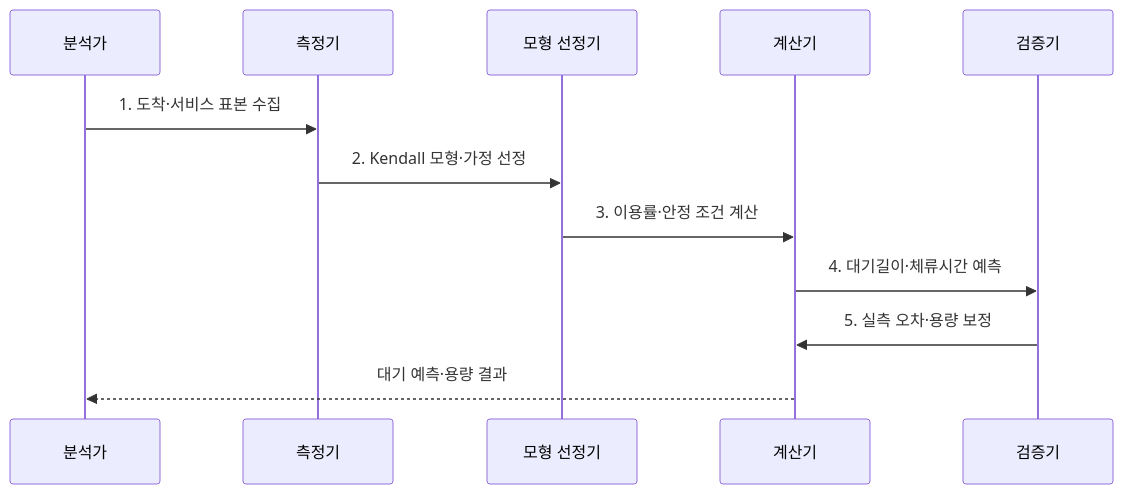
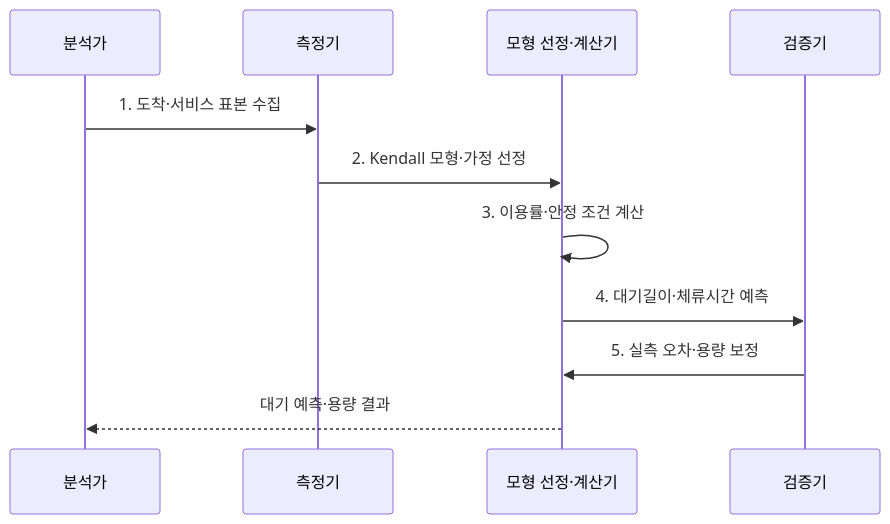
The second of 2 diagrams in src/content/docs/notes/06-evaluation/003_queuing_theory.md (agnusdei1207/knowledge-base), drawn with Mermaid before and after one commit. The commit also changed 6 other files, not shown here.

Commit message:
Simplify evaluation calculation flows

````diff
--- a/src/content/docs/notes/06-evaluation/003_queuing_theory.md
+++ b/src/content/docs/notes/06-evaluation/003_queuing_theory.md
@@ -98,14 +98,13 @@
 ```mermaid
 sequenceDiagram
   participant A as 분석가
   participant M as 측정기
-  participant Q as 모형 선정기
-  participant C as 계산기
+    participant C as 모형 선정·계산기
   participant V as 검증기
   A->>M: 1. 도착·서비스 표본 수집
-  M->>Q: 2. Kendall 모형·가정 선정
-  Q->>C: 3. 이용률·안정 조건 계산
+    M->>C: 2. Kendall 모형·가정 선정
+    C->>C: 3. 이용률·안정 조건 계산
   C->>V: 4. 대기길이·체류시간 예측
   V->>C: 5. 실측 오차·용량 보정
   C-->>A: 대기 예측·용량 결과
 ```
````
